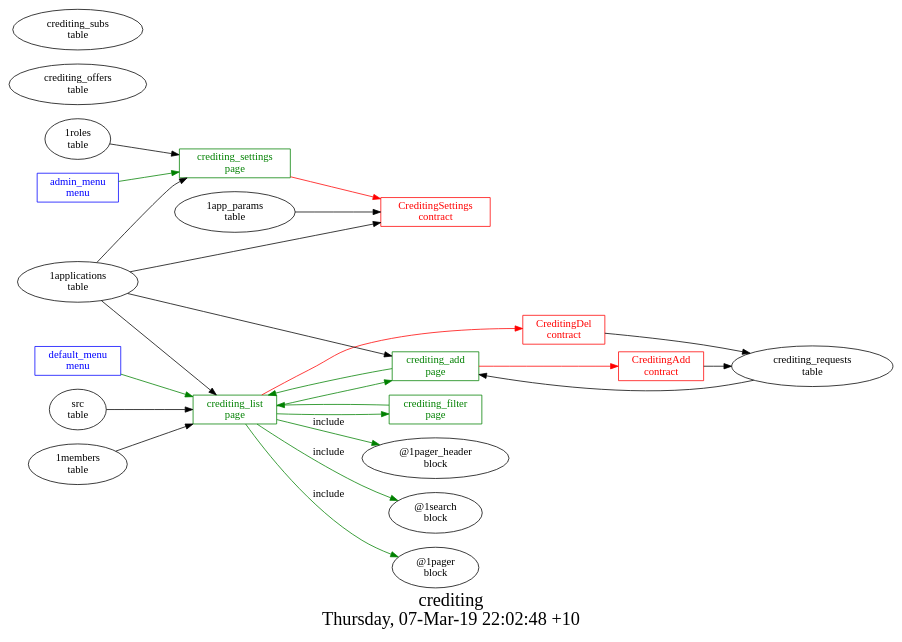
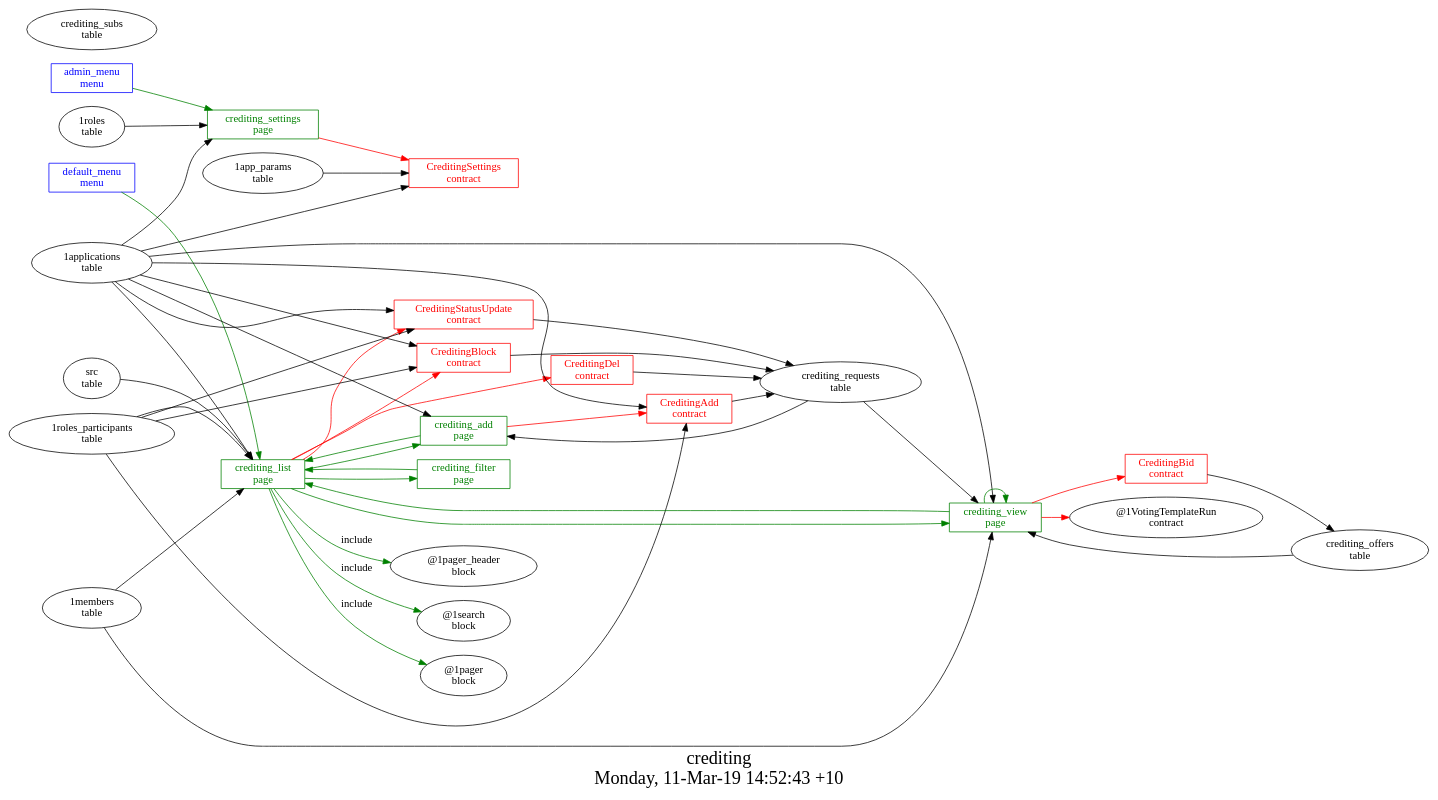
Before and after one commit to AplaProject/apps: the diagram in ecosystem_apps/сrediting/struct.dot, drawn with Graphviz. The commit also changed 15 other files, not shown here.

```diff
--- a/ecosystem_apps/сrediting/struct.dot
+++ b/ecosystem_apps/сrediting/struct.dot
@@ -1,43 +1,68 @@
 digraph G {
 fontsize="24";
-label="сrediting\nThursday, 07-Mar-19 22:02:48 +10";
+label="сrediting\nMonday, 11-Mar-19 14:52:43 +10";
 nojustify=true;
 ordering=out;
 rankdir=LR;
 size="30";
 "admin_menu\nmenu" -> "crediting_settings\npage"  [ color=green ]
 "admin_menu\nmenu" [color=blue, fontcolor=blue, group=menus, shape=record];
 "default_menu\nmenu" -> "crediting_list\npage"  [ color=green ]
 "default_menu\nmenu" [color=blue, fontcolor=blue, group=menus, shape=record];
 "crediting_add\npage" -> "CreditingAdd\ncontract"  [ color=red ]
 "1applications\ntable" -> "crediting_add\npage"
 "crediting_requests\ntable" -> "crediting_add\npage"
 "crediting_add\npage" -> "crediting_list\npage"  [ color=green ]
 "crediting_add\npage" [color=green, fontcolor=green, group=pages, shape=record];
 "crediting_filter\npage" -> "crediting_list\npage"  [ color=green ]
 "crediting_filter\npage" [color=green, fontcolor=green, group=pages, shape=record];
+"crediting_list\npage" -> "CreditingStatusUpdate\ncontract"  [ color=red ]
 "crediting_list\npage" -> "CreditingDel\ncontract"  [ color=red ]
+"crediting_list\npage" -> "CreditingBlock\ncontract"  [ color=red ]
 "1applications\ntable" -> "crediting_list\npage"
+"1roles_participants\ntable" -> "crediting_list\npage"
 "src\ntable" -> "crediting_list\npage"
 "1members\ntable" -> "crediting_list\npage"
 "crediting_list\npage" -> "crediting_add\npage"  [ color=green ]
 "crediting_list\npage" -> "crediting_filter\npage"  [ color=green ]
+"crediting_list\npage" -> "crediting_view\npage"  [ color=green ]
 "crediting_list\npage" -> "@1pager_header\nblock"  [ color=green, label=include ]
 "crediting_list\npage" -> "@1search\nblock"  [ color=green, label=include ]
 "crediting_list\npage" -> "@1pager\nblock"  [ color=green, label=include ]
 "crediting_list\npage" [color=green, fontcolor=green, group=pages, shape=record];
 "crediting_settings\npage" -> "CreditingSettings\ncontract"  [ color=red ]
 "1applications\ntable" -> "crediting_settings\npage"
 "1roles\ntable" -> "crediting_settings\npage"
 "crediting_settings\npage" [color=green, fontcolor=green, group=pages, shape=record];
+"crediting_view\npage" -> "CreditingBid\ncontract"  [ color=red ]
+"crediting_view\npage" -> "@1VotingTemplateRun\ncontract"  [ color=red ]
+"1applications\ntable" -> "crediting_view\npage"
+"crediting_requests\ntable" -> "crediting_view\npage"
+"1members\ntable" -> "crediting_view\npage"
+"crediting_offers\ntable" -> "crediting_view\npage"
+"crediting_view\npage" -> "crediting_view\npage"  [ color=green ]
+"crediting_view\npage" -> "crediting_list\npage"  [ color=green ]
+"crediting_view\npage" [color=green, fontcolor=green, group=pages, shape=record];
 "CreditingAdd\ncontract" -> "crediting_requests\ntable"  [ color="" ]
+"1applications\ntable" -> "CreditingAdd\ncontract"
+"1roles_participants\ntable" -> "CreditingAdd\ncontract"
 "CreditingAdd\ncontract" [color=red, fontcolor=red, group=contracts, shape=record];
+"CreditingBid\ncontract" -> "crediting_offers\ntable"  [ color="" ]
+"CreditingBid\ncontract" [color=red, fontcolor=red, group=contracts, shape=record];
+"CreditingBlock\ncontract" -> "crediting_requests\ntable"  [ color="" ]
+"1applications\ntable" -> "CreditingBlock\ncontract"
+"1roles_participants\ntable" -> "CreditingBlock\ncontract"
+"CreditingBlock\ncontract" [color=red, fontcolor=red, group=contracts, shape=record];
 "CreditingDel\ncontract" -> "crediting_requests\ntable"  [ color="" ]
 "CreditingDel\ncontract" [color=red, fontcolor=red, group=contracts, shape=record];
 "1app_params\ntable" -> "CreditingSettings\ncontract"
 "1applications\ntable" -> "CreditingSettings\ncontract"
 "CreditingSettings\ncontract" [color=red, fontcolor=red, group=contracts, shape=record];
+"CreditingStatusUpdate\ncontract" -> "crediting_requests\ntable"  [ color="" ]
+"1applications\ntable" -> "CreditingStatusUpdate\ncontract"
+"1roles_participants\ntable" -> "CreditingStatusUpdate\ncontract"
+"CreditingStatusUpdate\ncontract" [color=red, fontcolor=red, group=contracts, shape=record];
 "crediting_offers\ntable" [color="", fontcolor="", group=tables, shape=""];
 "crediting_requests\ntable" [color="", fontcolor="", group=tables, shape=""];
 "crediting_subs\ntable" [color="", fontcolor="", group=tables, shape=""];
 }
```
